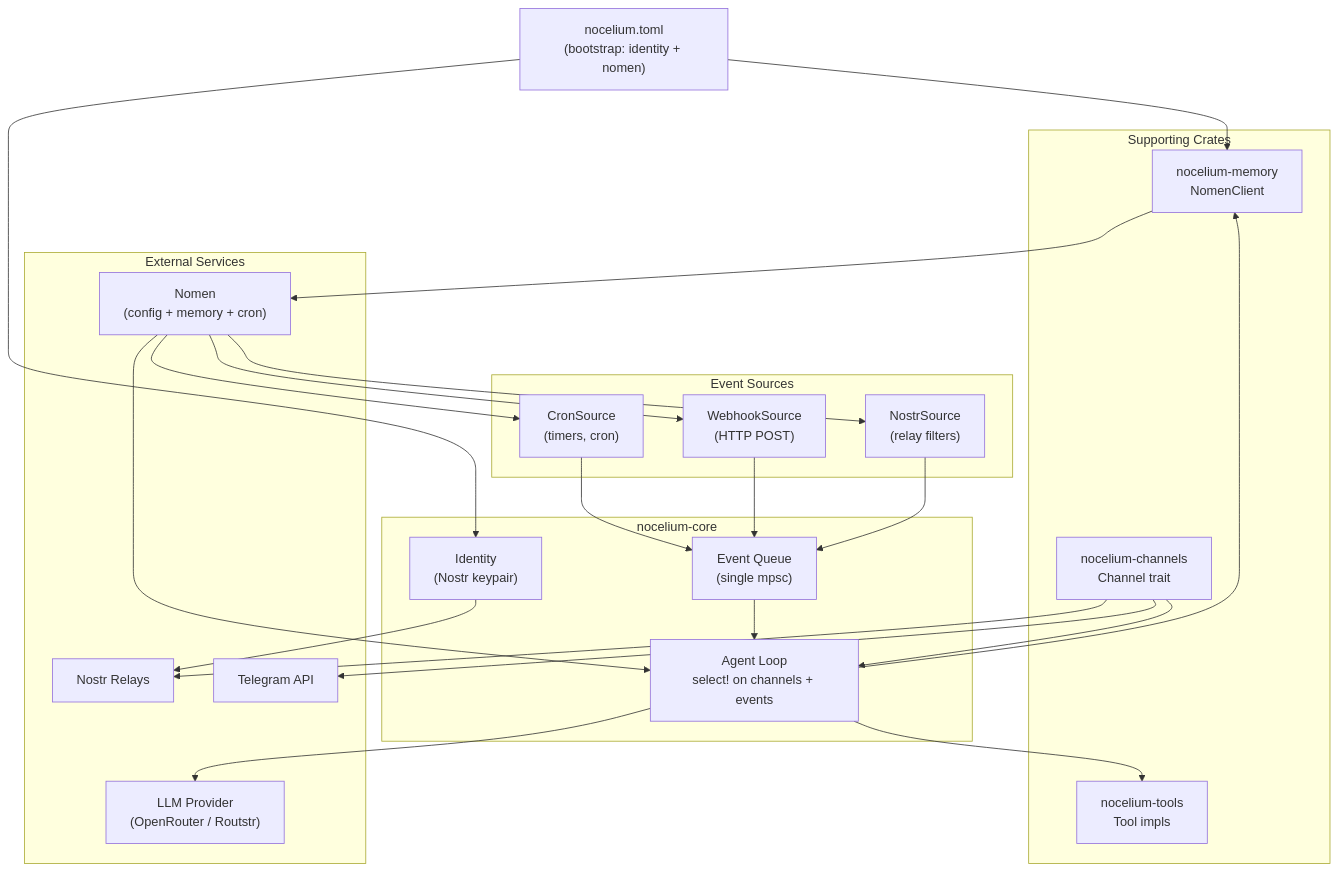
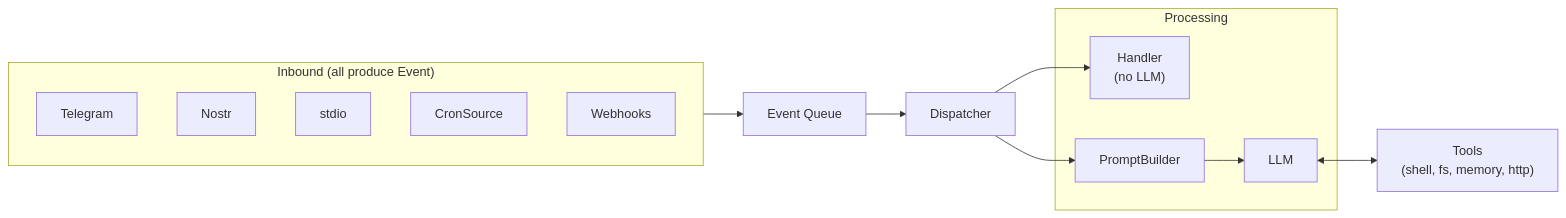
Before and after one commit to k0sti/nocelium: the first of 5 diagrams in ARCHITECTURE.md, drawn with Mermaid. The commit also changed other lines of this file and 1 other file, not shown here.

Commit message:
docs: cleaner system map — separate runtime flow and dependency diagrams

````diff
--- a/ARCHITECTURE.md
+++ b/ARCHITECTURE.md
@@ -9,48 +11,26 @@
 ```mermaid
-graph TD
-    TOML["nocelium.toml<br/>(bootstrap: identity + nomen)"]
-
-    subgraph core["nocelium-core"]
-        AGENT["Agent Loop<br/>select! on channels + events"]
-        IDENTITY["Identity<br/>(Nostr keypair)"]
-        EVENTS["Event Queue<br/>(single mpsc)"]
+graph LR
+    subgraph inbound["Inbound (all produce Event)"]
+        TG["Telegram"]
+        NOSTR_CH["Nostr"]
+        STDIO["stdio"]
+        CRON["CronSource"]
+        WH["Webhooks"]
     end
 
-    subgraph sources["Event Sources"]
-        CRON["CronSource<br/>(timers, cron)"]
-        WH["WebhookSource<br/>(HTTP POST)"]
-        NSRC["NostrSource<br/>(relay filters)"]
+    Q["Event Queue"]
+    DISP["Dispatcher"]
+
+    subgraph processing["Processing"]
+        HANDLER["Handler<br/>(no LLM)"]
+        PROMPT["PromptBuilder"]
+        LLM["LLM"]
     end
 
-    subgraph crates["Supporting Crates"]
-        TOOLS["nocelium-tools<br/>Tool impls"]
-        MEM["nocelium-memory<br/>NomenClient"]
-        CHANLIB["nocelium-channels<br/>Channel trait"]
-    end
+    TOOLS["Tools<br/>(shell, fs, memory, http)"]
 
-    subgraph external["External Services"]
-        LLM["LLM Provider<br/>(OpenRouter / Routstr)"]
-        NOMEN["Nomen<br/>(config + memory + cron)"]
-        NOSTR["Nostr Relays"]
-        TG["Telegram API"]
-    end
-
-    TOML --> IDENTITY
-    TOML --> MEM
-    MEM --> NOMEN
-    NOMEN --> AGENT
-    NOMEN --> CRON
-    NOMEN --> WH
-    NOMEN --> NSRC
-    CRON --> EVENTS
-    WH --> EVENTS
-    NSRC --> EVENTS
-    EVENTS --> AGENT
-    CHANLIB --> AGENT
-    AGENT --> TOOLS
-    AGENT --> MEM
-    AGENT --> LLM
-    CHANLIB --> TG
-    CHANLIB --> NOSTR
-    IDENTITY --> NOSTR
+    inbound --> Q --> DISP
+    DISP --> HANDLER
+    DISP --> PROMPT --> LLM
+    LLM <--> TOOLS
 ```
````
